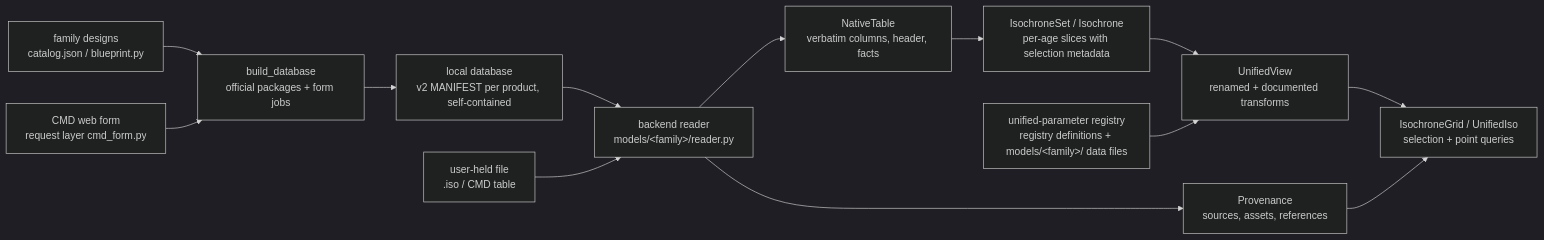
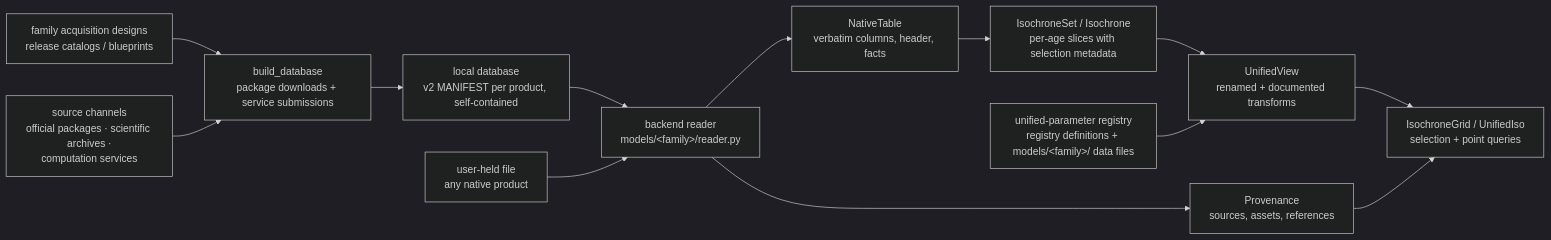
Before and after one commit to astro-jingtao/stellariso: the diagram in docs/architecture.md, drawn with Mermaid (dark theme).

Commit message:
docs: generalize the architecture diagram's acquisition nodes
The flowchart's source-channel nodes said CMD web form / form jobs /
CMD table — one family's vocabulary standing for the general design.
Replaced with the three channel kinds the families actually use
(official packages, scientific archives, computation services) and
family-neutral wording elsewhere; the CMD form client stays what it
is in the Backends section: a parsec-specific example of a request
layer.

````diff
--- a/docs/architecture.md
+++ b/docs/architecture.md
@@ -7,15 +7,15 @@
 ```mermaid
 flowchart LR
-    C[family designs<br/>catalog.json / blueprint.py] --> B[build_database<br/>official packages + form jobs]
-    W[CMD web form<br/>request layer cmd_form.py] --> B
+    C[family acquisition designs<br/>release catalogs / blueprints] --> B[build_database<br/>package downloads + service submissions]
+    W[source channels<br/>official packages · scientific archives ·<br/>computation services] --> B
     B --> D[local database<br/>v2 MANIFEST per product, self-contained]
     D --> R[backend reader<br/>models/&lt;family&gt;/reader.py]
-    F[user-held file<br/>.iso / CMD table] --> R
+    F[user-held file<br/>any native product] --> R
     R --> N[NativeTable<br/>verbatim columns, header, facts]
     N --> S[IsochroneSet / Isochrone<br/>per-age slices with selection metadata]
     S --> U[UnifiedView<br/>renamed + documented transforms]
     Q[unified-parameter registry<br/>registry definitions + models/&lt;family&gt;/ data files] --> U
     U --> G[IsochroneGrid / UnifiedIso<br/>selection + point queries]
     R --> P[Provenance<br/>sources, assets, references]
     P --> G
 ```
````
